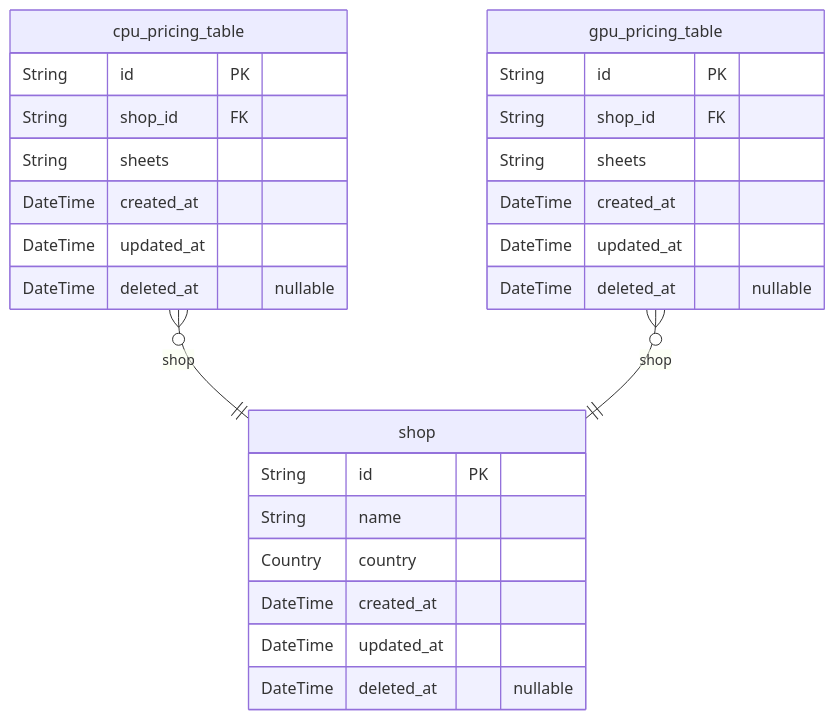
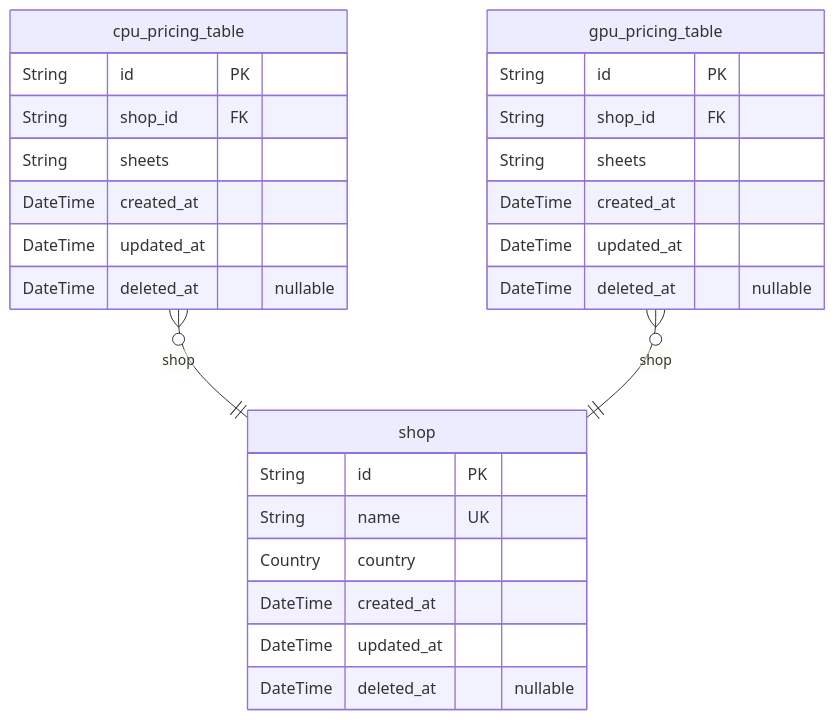
The second of 7 diagrams in prisma/ERD.md (KGESH/hardware_spec_backend), drawn with Mermaid before and after one commit. The commit also changed other lines of this file and 1 other file, not shown here.

````diff
--- a/prisma/ERD.md
+++ b/prisma/ERD.md
@@ -218,29 +375,29 @@
 ```mermaid
 erDiagram
 "shop" {
     String id PK
-    String name
+    String name UK
     Country country
     DateTime created_at
     DateTime updated_at
     DateTime deleted_at "nullable"
 }
 "cpu_pricing_table" {
     String id PK
     String shop_id FK
     String sheets
     DateTime created_at
     DateTime updated_at
     DateTime deleted_at "nullable"
 }
 "gpu_pricing_table" {
     String id PK
     String shop_id FK
     String sheets
     DateTime created_at
     DateTime updated_at
     DateTime deleted_at "nullable"
 }
 "cpu_pricing_table" }o--|| "shop" : shop
 "gpu_pricing_table" }o--|| "shop" : shop
 ```
````
